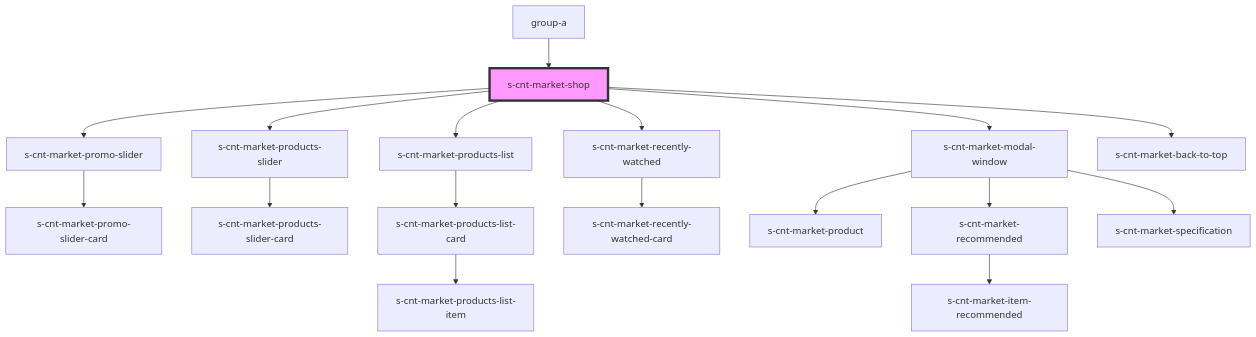
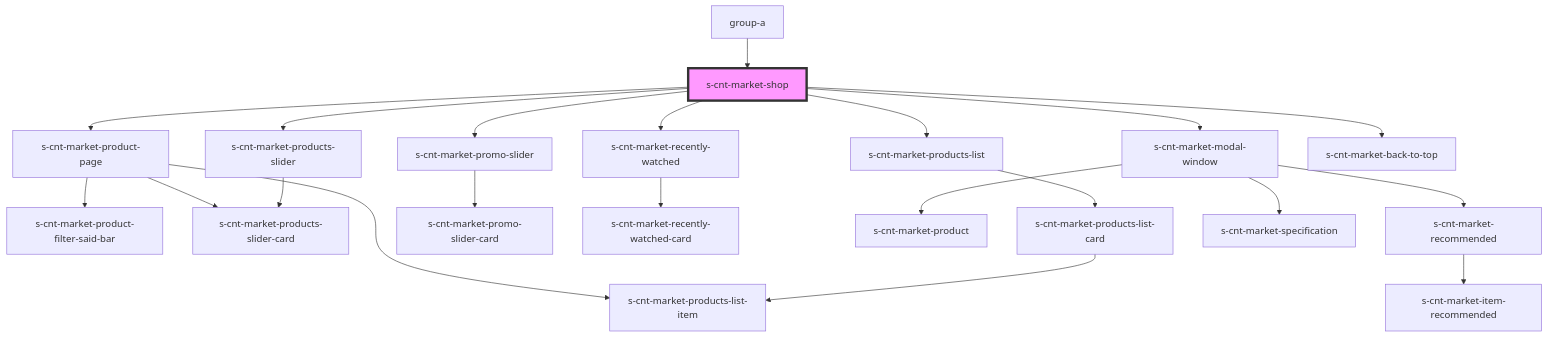
One commit to saqhan/stencil-market changed the diagram in src/components/group-a/res/view/s-cnt-market-shop/readme.md. Above: the diagram before and after it, drawn with Mermaid. The commit also changed other lines of this file and 38 other files, not shown here.

````diff
--- a/src/components/group-a/res/view/s-cnt-market-shop/readme.md
+++ b/src/components/group-a/res/view/s-cnt-market-shop/readme.md
@@ -24,20 +25,24 @@
 ```mermaid
 graph TD;
+  s-cnt-market-shop --> s-cnt-market-product-page
+  s-cnt-market-shop --> s-cnt-market-products-list
   s-cnt-market-shop --> s-cnt-market-promo-slider
   s-cnt-market-shop --> s-cnt-market-products-slider
-  s-cnt-market-shop --> s-cnt-market-products-list
   s-cnt-market-shop --> s-cnt-market-recently-watched
   s-cnt-market-shop --> s-cnt-market-modal-window
   s-cnt-market-shop --> s-cnt-market-back-to-top
+  s-cnt-market-product-page --> s-cnt-market-product-filter-said-bar
+  s-cnt-market-product-page --> s-cnt-market-products-slider-card
+  s-cnt-market-product-page --> s-cnt-market-products-list-item
+  s-cnt-market-products-list --> s-cnt-market-products-list-card
+  s-cnt-market-products-list-card --> s-cnt-market-products-list-item
   s-cnt-market-promo-slider --> s-cnt-market-promo-slider-card
   s-cnt-market-products-slider --> s-cnt-market-products-slider-card
-  s-cnt-market-products-list --> s-cnt-market-products-list-card
-  s-cnt-market-products-list-card --> s-cnt-market-products-list-item
   s-cnt-market-recently-watched --> s-cnt-market-recently-watched-card
   s-cnt-market-modal-window --> s-cnt-market-product
   s-cnt-market-modal-window --> s-cnt-market-recommended
   s-cnt-market-modal-window --> s-cnt-market-specification
   s-cnt-market-recommended --> s-cnt-market-item-recommended
   group-a --> s-cnt-market-shop
   style s-cnt-market-shop fill:#f9f,stroke:#333,stroke-width:4px
 ```
````
